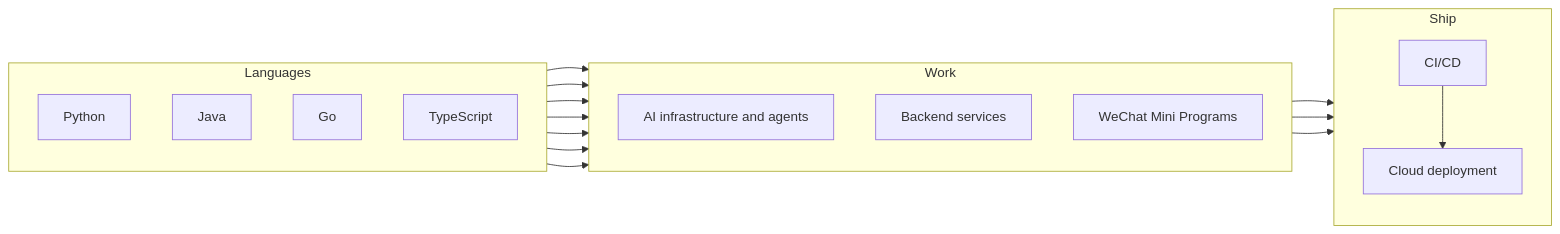
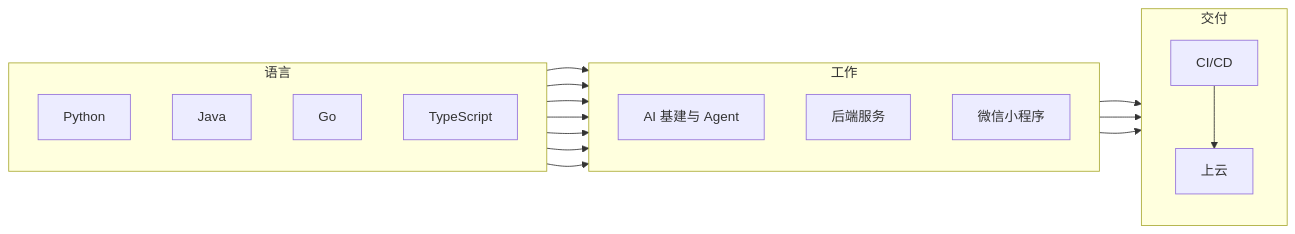
Before and after one commit to Wayne-Musk/Wayne-: the diagram in Readme.md, drawn with Mermaid. The commit also changed other lines of this file and 1 other file, not shown here.

Commit message:
Add Chinese-first README with English version

````diff
--- a/Readme.md
+++ b/Readme.md
@@ -25,35 +27,35 @@
 ```mermaid
 flowchart LR
-    subgraph Languages
+    subgraph lang[语言]
         direction TB
         py[Python]
         java[Java]
         go[Go]
         ts[TypeScript]
     end
 
-    subgraph Work
+    subgraph work[工作]
         direction TB
-        ai[AI infrastructure and agents]
-        svc[Backend services]
-        mini[WeChat Mini Programs]
+        ai[AI 基建与 Agent]
+        svc[后端服务]
+        mini[微信小程序]
     end
 
-    subgraph Ship
+    subgraph ship[交付]
         direction TB
         ci[CI/CD]
-        cloud[Cloud deployment]
+        cloud[上云]
     end
 
     py --> ai
     go --> ai
     py --> svc
     java --> svc
     go --> svc
     ts --> mini
     ts --> svc
     ai --> ci
     svc --> ci
     mini --> ci
     ci --> cloud
 ```
````
